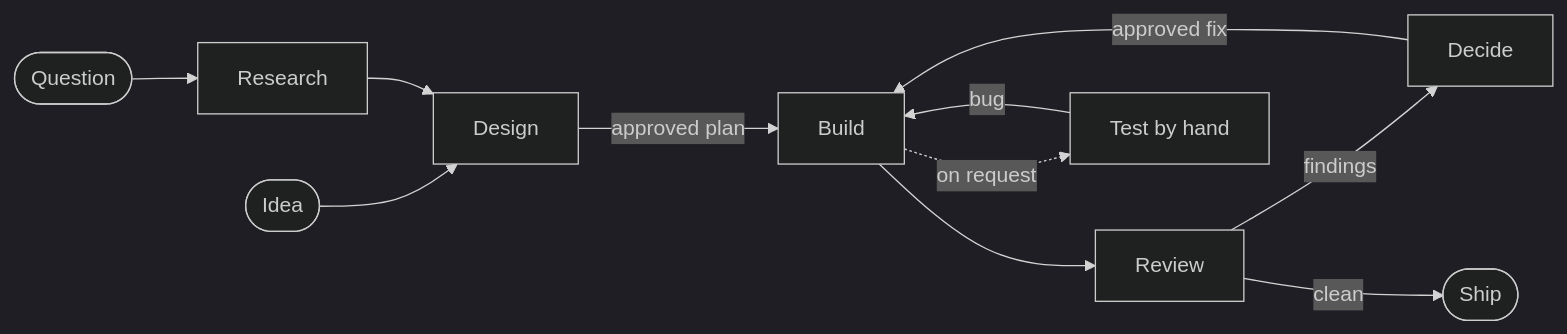
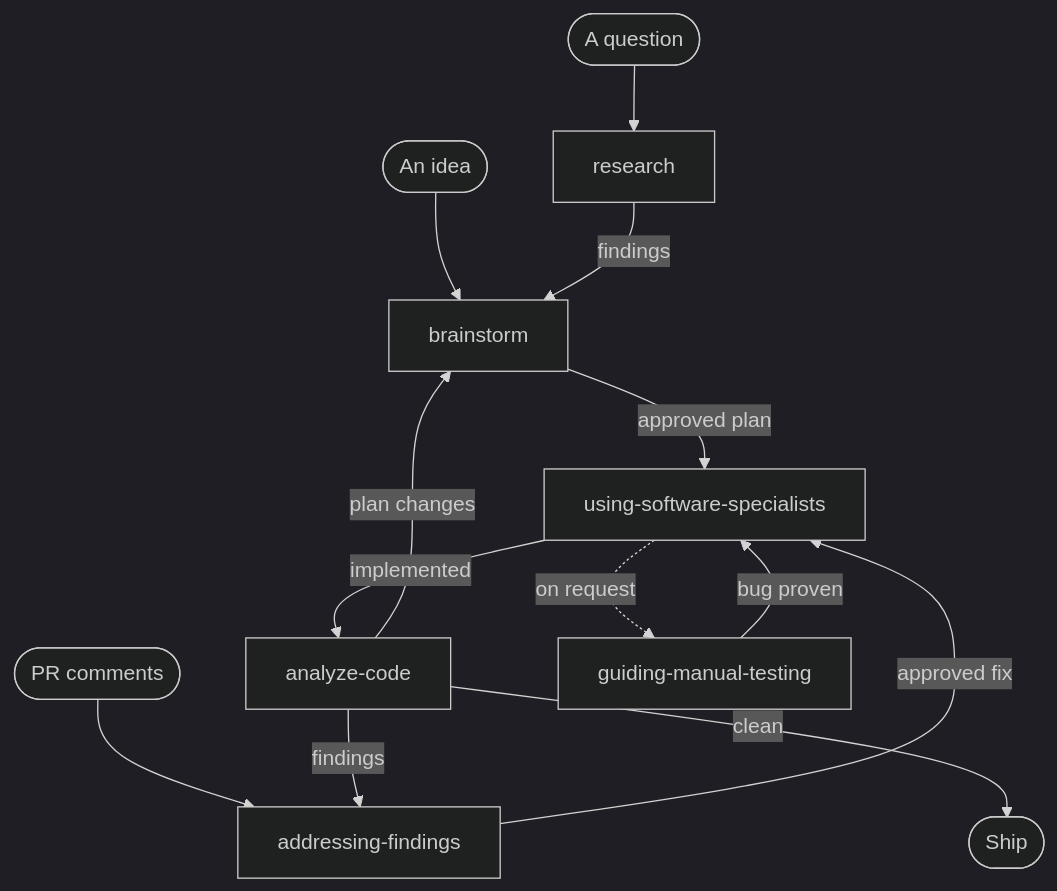
Before and after one commit to jjmrocha/joe: the diagram in README.md, drawn with Mermaid (dark theme). The commit also changed other lines of this file and 1 other file, not shown here.

Commit message:
Update manual documentation for improved clarity and usability

````diff
--- a/README.md
+++ b/README.md
@@ -68,13 +65,15 @@
 ```mermaid
-flowchart LR
-    Q([Question]) --> R[Research]
-    I([Idea]) --> D[Design]
-    R --> D
-    D -->|approved plan| B[Build]
-    B --> A[Review]
-    A -->|findings| F[Decide]
-    F -->|approved fix| B
-    A -->|clean| S([Ship])
-    B -.->|on request| T[Test by hand]
-    T -->|bug| B
+flowchart TD
+    Q([A question]) --> RS[research]
+    Idea([An idea]) --> BS[brainstorm]
+    PR([PR comments]) --> AF[addressing-findings]
+    RS -->|findings| BS
+    BS -->|approved plan| USS[using-software-specialists]
+    USS -->|implemented| AC[analyze-code]
+    AC -->|findings| AF
+    AF -->|approved fix| USS
+    AC -->|plan changes| BS
+    AC -->|clean| Ship([Ship])
+    USS -.->|on request| GT[guiding-manual-testing]
+    GT -->|bug proven| USS
 ```
````
